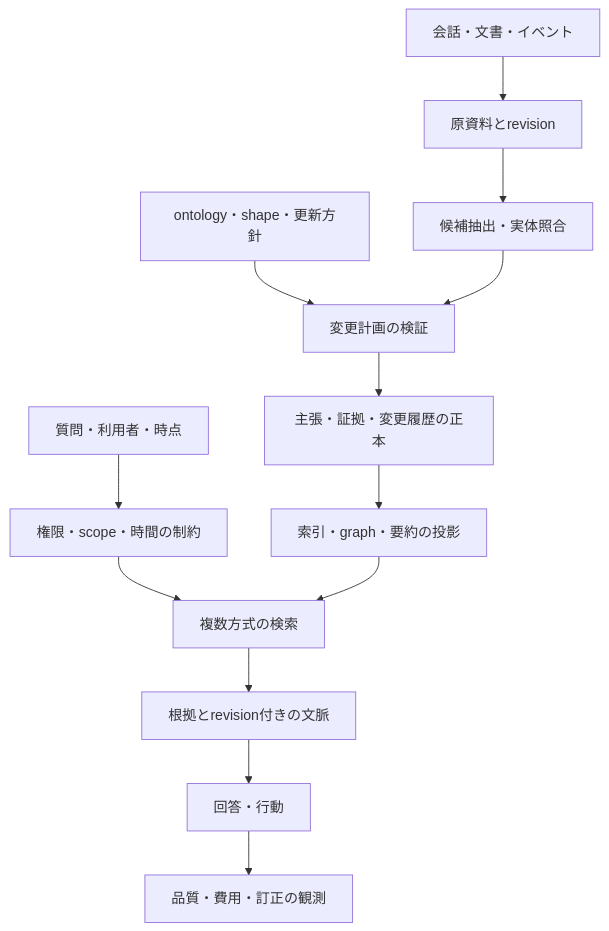
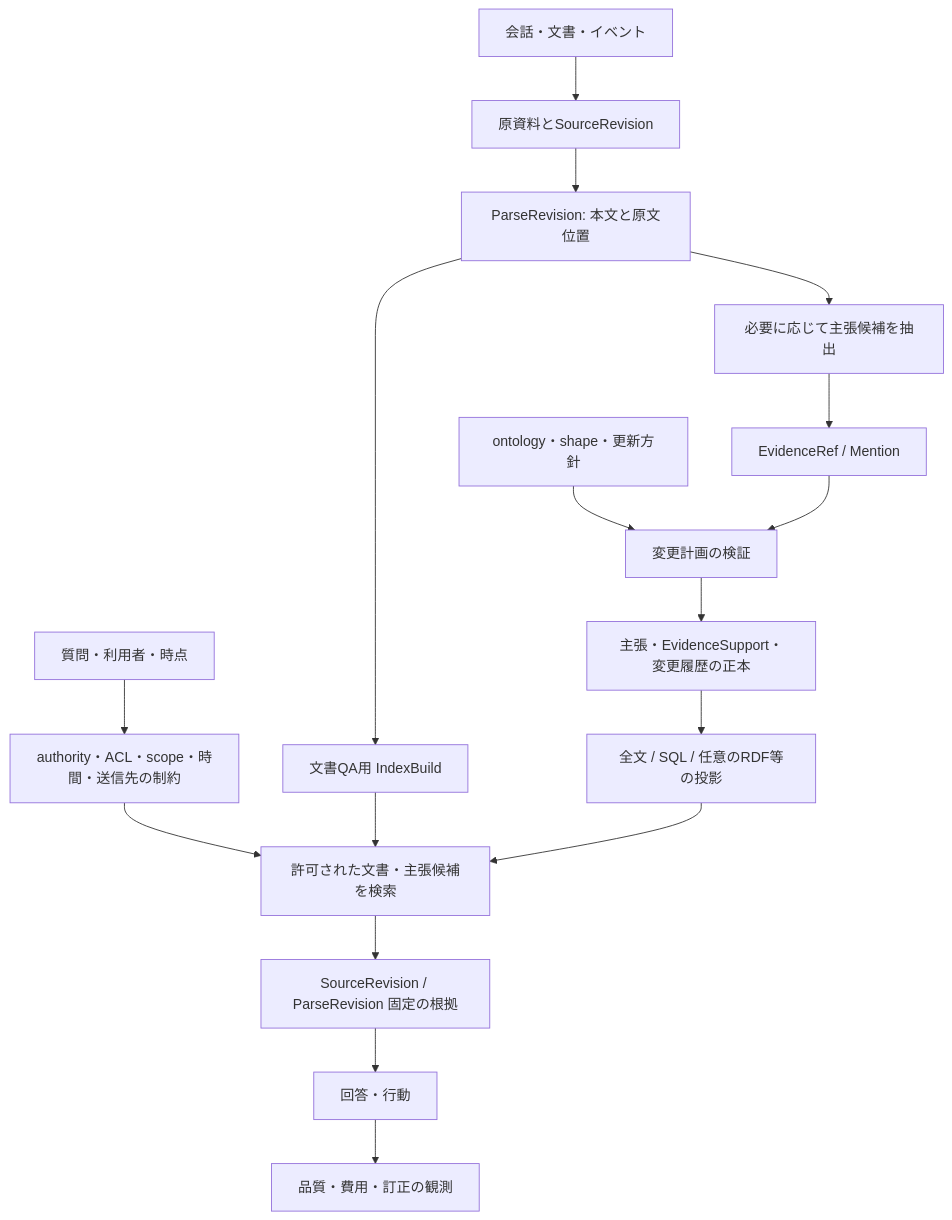
Before and after one commit to SuzumiyaAoba/grimoire: the diagram in docs/research/design-directions.md, drawn with Mermaid. The commit also changed other lines of this file and 5 other files, not shown here.

````diff
--- a/docs/research/design-directions.md
+++ b/docs/research/design-directions.md
@@ -36,15 +59,19 @@
 ```mermaid
 flowchart TB
-  I[会話・文書・イベント] --> S[原資料とrevision]
-  S --> E[候補抽出・実体照合]
+  I[会話・文書・イベント] --> S[原資料とSourceRevision]
+  S --> P[ParseRevision: 本文と原文位置]
+  P --> DQ[文書QA用 IndexBuild]
+  P --> X[必要に応じて主張候補を抽出]
+  X --> ER[EvidenceRef / Mention]
   O[ontology・shape・更新方針] --> V[変更計画の検証]
-  E --> V
-  V --> C[主張・証拠・変更履歴の正本]
-  C --> P[索引・graph・要約の投影]
-  Q[質問・利用者・時点] --> F[権限・scope・時間の制約]
-  F --> R[複数方式の検索]
-  P --> R
-  R --> K[根拠とrevision付きの文脈]
+  ER --> V
+  V --> C[主張・EvidenceSupport・変更履歴の正本]
+  C --> KP[全文 / SQL / 任意のRDF等の投影]
+  Q[質問・利用者・時点] --> F[authority・ACL・scope・時間・送信先の制約]
+  F --> R[許可された文書・主張候補を検索]
+  DQ --> R
+  KP --> R
+  R --> K[SourceRevision / ParseRevision 固定の根拠]
   K --> A[回答・行動]
   A --> M[品質・費用・訂正の観測]
 ```
````
